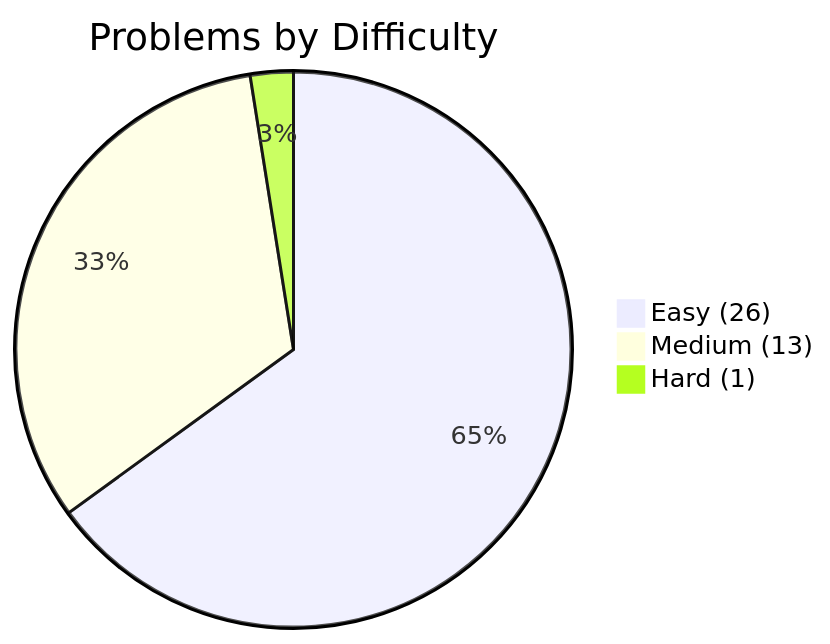
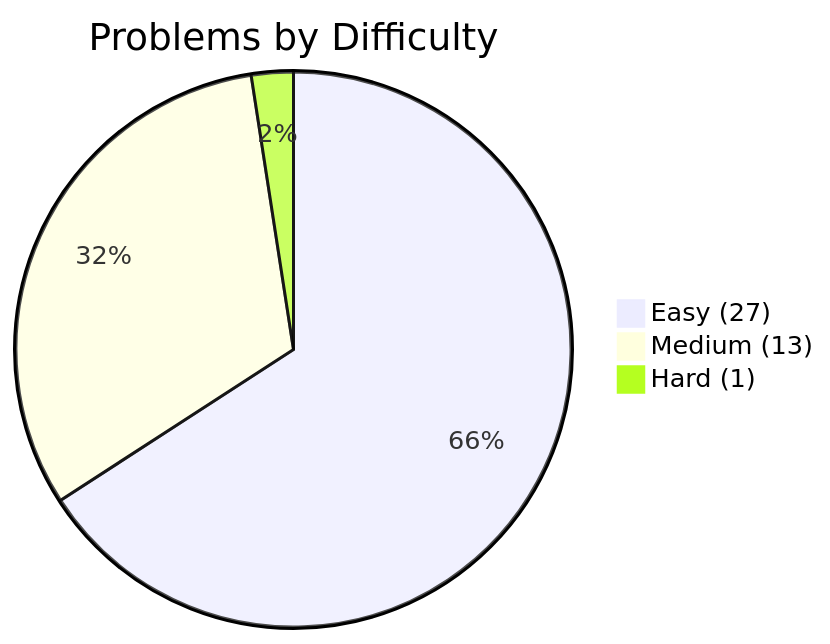
Before and after one commit to kanishk-procoder/leetcode-grind: the first of 2 diagrams in PROGRESS.md, drawn with Mermaid. The commit also changed other lines of this file and 4 other files, not shown here.

````diff
--- a/PROGRESS.md
+++ b/PROGRESS.md
@@ -5,6 +5,6 @@
 ```mermaid
 pie title Problems by Difficulty
-    "Easy (26)" : 26
+    "Easy (27)" : 27
     "Medium (13)" : 13
     "Hard (1)" : 1
 ```
````
